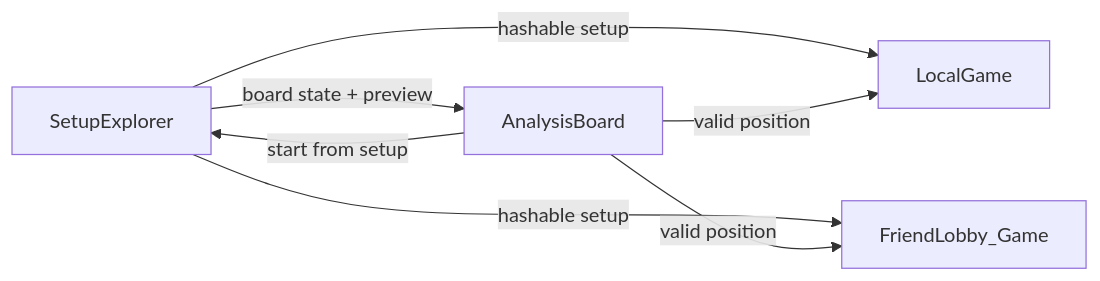
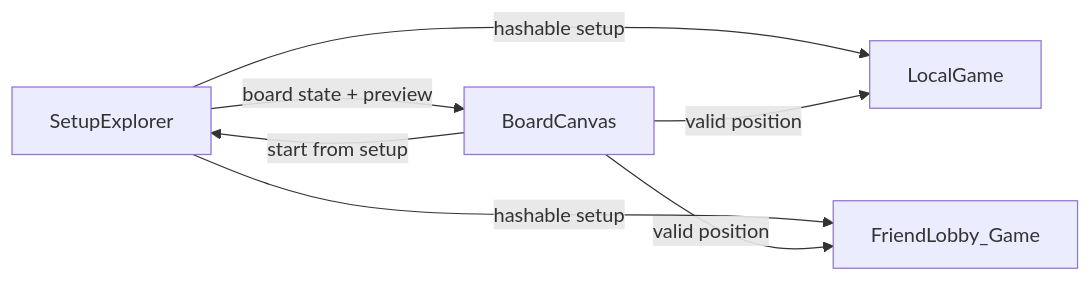
Before and after one commit to mathmaxd-max/TribunPlay: the diagram in docs/milestone-overview/MILESTONES.md, drawn with Mermaid. The commit also changed other lines of this file and 8 other files, not shown here.

Commit message:
Board Canvas

````diff
--- a/docs/milestone-overview/MILESTONES.md
+++ b/docs/milestone-overview/MILESTONES.md
@@ -415,13 +416,13 @@
 ```mermaid
 flowchart LR
   setupExplorer[SetupExplorer]
-  analysisBoard[AnalysisBoard]
+  boardCanvas[BoardCanvas]
   localGame[LocalGame]
   friendGame[FriendLobby_Game]
-  setupExplorer -->|"board state + preview"| analysisBoard
-  analysisBoard -->|"start from setup"| setupExplorer
+  setupExplorer -->|"board state + preview"| boardCanvas
+  boardCanvas -->|"start from setup"| setupExplorer
   setupExplorer -->|"hashable setup"| localGame
   setupExplorer -->|"hashable setup"| friendGame
-  analysisBoard -->|"valid position"| localGame
-  analysisBoard -->|"valid position"| friendGame
+  boardCanvas -->|"valid position"| localGame
+  boardCanvas -->|"valid position"| friendGame
 ```
````
